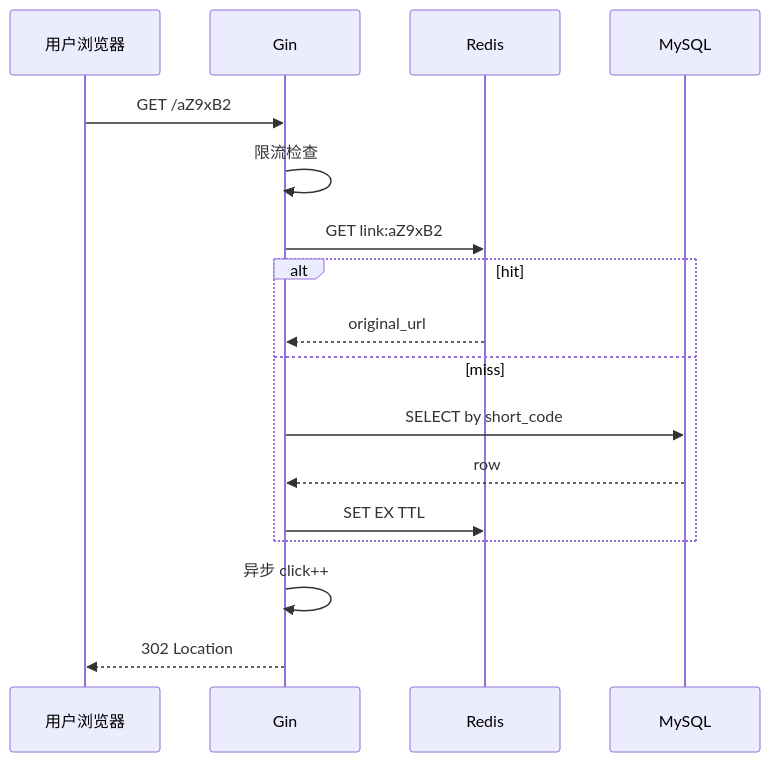
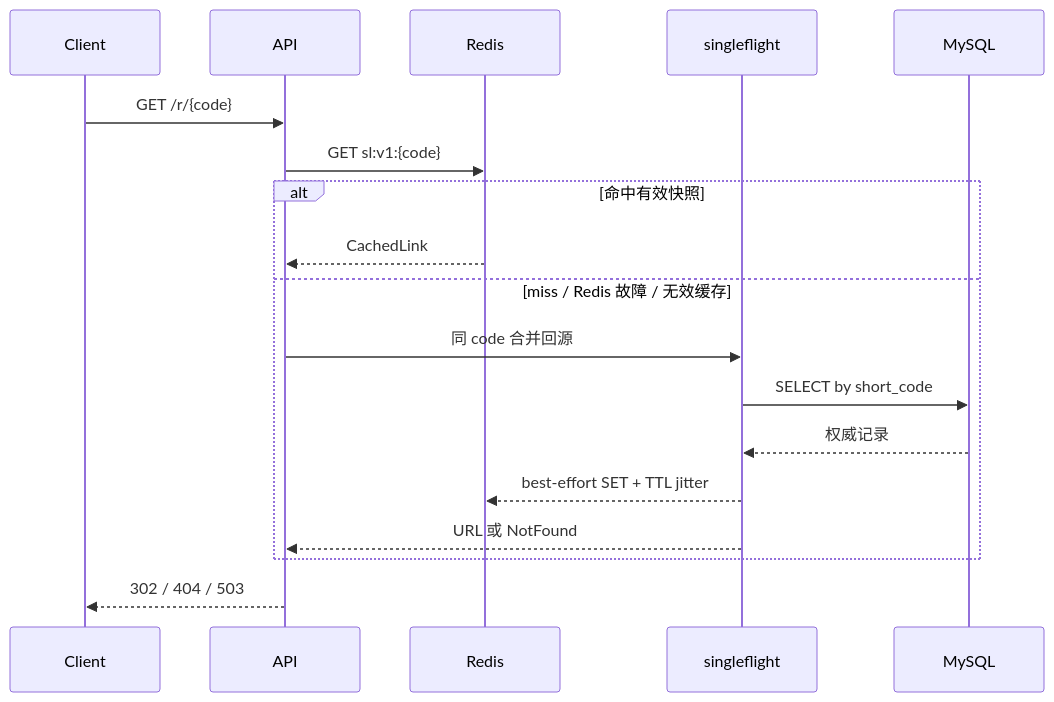
One commit to moqix26/study changed the second of 3 diagrams in 后端学习/Go/11-短链服务项目实战下.md. Above: the diagram before and after it, drawn with Mermaid. The commit also changed other lines of this file and 49 other files, not shown here.

````diff
--- a/后端学习/Go/11-短链服务项目实战下.md
+++ b/后端学习/Go/11-短链服务项目实战下.md
@@ -81,20 +150,21 @@
 ```mermaid
 sequenceDiagram
-    participant U as 用户浏览器
-    participant G as Gin
+    participant C as Client
+    participant A as API
     participant R as Redis
+    participant S as singleflight
     participant M as MySQL
 
-    U->>G: GET /aZ9xB2
-    G->>G: 限流检查
-    G->>R: GET link:aZ9xB2
-    alt hit
-        R-->>G: original_url
-    else miss
-        G->>M: SELECT by short_code
-        M-->>G: row
-        G->>R: SET EX TTL
+    C->>A: GET /r/{code}
+    A->>R: GET sl:v1:{code}
+    alt 命中有效快照
+        R-->>A: CachedLink
+    else miss / Redis 故障 / 无效缓存
+        A->>S: 同 code 合并回源
+        S->>M: SELECT by short_code
+        M-->>S: 权威记录
+        S-->>R: best-effort SET + TTL jitter
+        S-->>A: URL 或 NotFound
     end
-    G->>G: 异步 click++
-    G-->>U: 302 Location
+    A-->>C: 302 / 404 / 503
 ```
````
